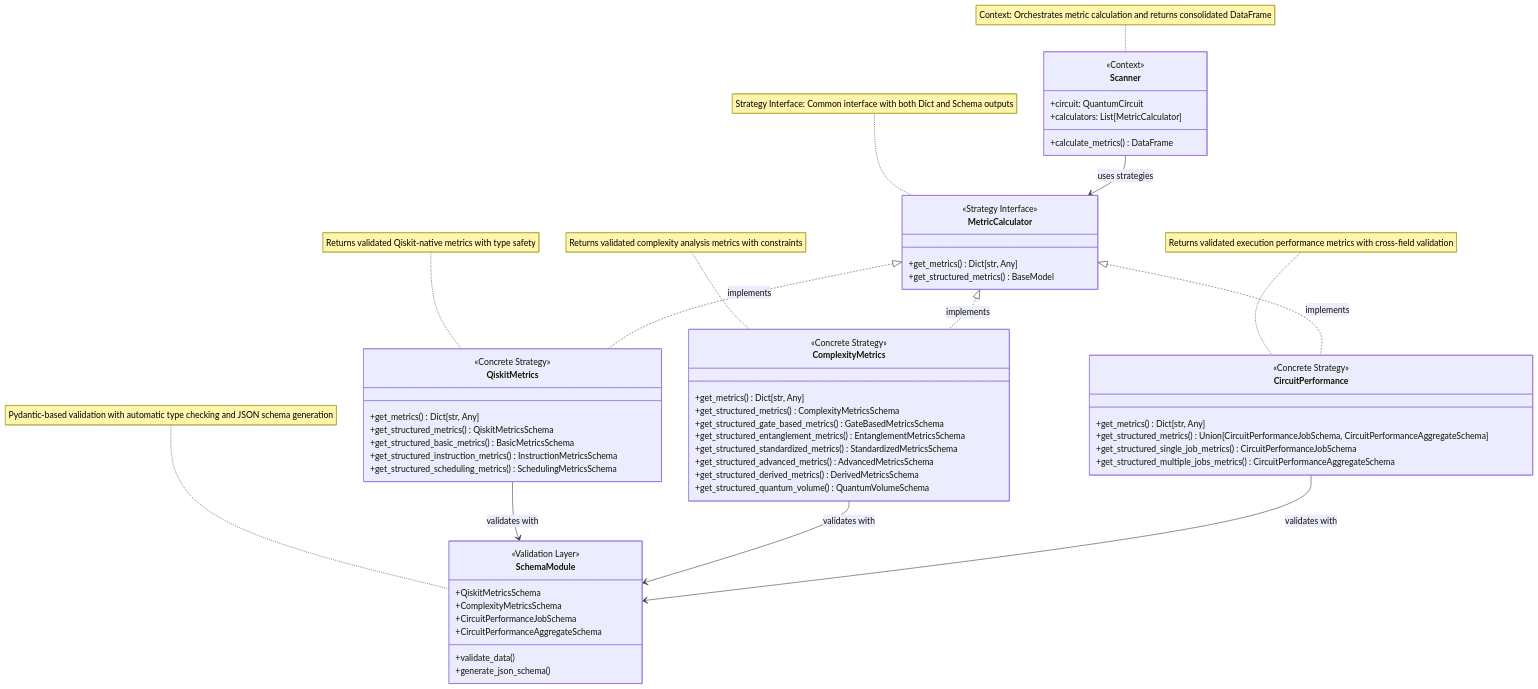
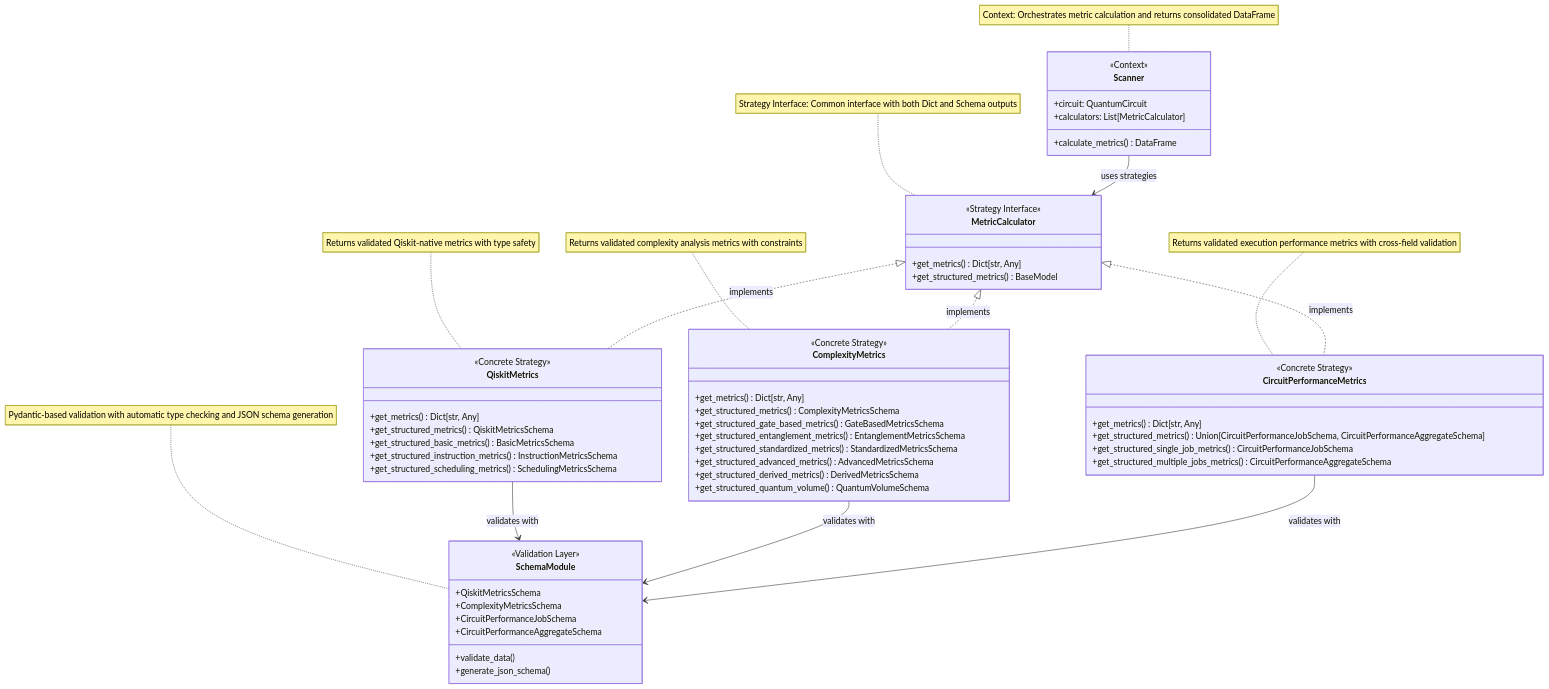
Before and after one commit to xthecapx/qiskit-qward: the first of 4 diagrams in docs/architecture.md, drawn with Mermaid. The commit also changed other lines of this file and 37 other files, not shown here.

````diff
--- a/docs/architecture.md
+++ b/docs/architecture.md
@@ -13,77 +13,77 @@
 ```{mermaid}
 classDiagram
     %% Simplified Strategy Pattern for QWARD with Schema Validation
     
     class Scanner {
         <<Context>>
         +circuit: QuantumCircuit
         +calculators: List[MetricCalculator]
         +calculate_metrics() DataFrame
     }
 
     class MetricCalculator {
         <<Strategy Interface>>
         +get_metrics() Dict[str, Any]
         +get_structured_metrics() BaseModel
     }
 
     class QiskitMetrics {
         <<Concrete Strategy>>
         +get_metrics() Dict[str, Any]
         +get_structured_metrics() QiskitMetricsSchema
         +get_structured_basic_metrics() BasicMetricsSchema
         +get_structured_instruction_metrics() InstructionMetricsSchema
         +get_structured_scheduling_metrics() SchedulingMetricsSchema
     }
 
     class ComplexityMetrics {
         <<Concrete Strategy>>
         +get_metrics() Dict[str, Any]
         +get_structured_metrics() ComplexityMetricsSchema
         +get_structured_gate_based_metrics() GateBasedMetricsSchema
         +get_structured_entanglement_metrics() EntanglementMetricsSchema
         +get_structured_standardized_metrics() StandardizedMetricsSchema
         +get_structured_advanced_metrics() AdvancedMetricsSchema
         +get_structured_derived_metrics() DerivedMetricsSchema
         +get_structured_quantum_volume() QuantumVolumeSchema
     }
 
-    class CircuitPerformance {
+    class CircuitPerformanceMetrics {
         <<Concrete Strategy>>
         +get_metrics() Dict[str, Any]
         +get_structured_metrics() Union[CircuitPerformanceJobSchema, CircuitPerformanceAggregateSchema]
         +get_structured_single_job_metrics() CircuitPerformanceJobSchema
         +get_structured_multiple_jobs_metrics() CircuitPerformanceAggregateSchema
     }
 
     class SchemaModule {
         <<Validation Layer>>
         +QiskitMetricsSchema
         +ComplexityMetricsSchema
         +CircuitPerformanceJobSchema
         +CircuitPerformanceAggregateSchema
         +validate_data()
         +generate_json_schema()
     }
 
     %% Strategy Pattern Relationships
     Scanner --> MetricCalculator : uses strategies
     
     %% Strategy Interface Implementation
     MetricCalculator <|.. QiskitMetrics : implements
     MetricCalculator <|.. ComplexityMetrics : implements
-    MetricCalculator <|.. CircuitPerformance : implements
+    MetricCalculator <|.. CircuitPerformanceMetrics : implements
     
     %% Schema Integration
     QiskitMetrics --> SchemaModule : validates with
     ComplexityMetrics --> SchemaModule : validates with
-    CircuitPerformance --> SchemaModule : validates with
+    CircuitPerformanceMetrics --> SchemaModule : validates with
 
     %% Pattern Notes
     note for Scanner "Context: Orchestrates metric calculation and returns consolidated DataFrame"
     note for MetricCalculator "Strategy Interface: Common interface with both Dict and Schema outputs"
     note for QiskitMetrics "Returns validated Qiskit-native metrics with type safety"
     note for ComplexityMetrics "Returns validated complexity analysis metrics with constraints"
-    note for CircuitPerformance "Returns validated execution performance metrics with cross-field validation"
+    note for CircuitPerformanceMetrics "Returns validated execution performance metrics with cross-field validation"
     note for SchemaModule "Pydantic-based validation with automatic type checking and JSON schema generation"
 ```
````
